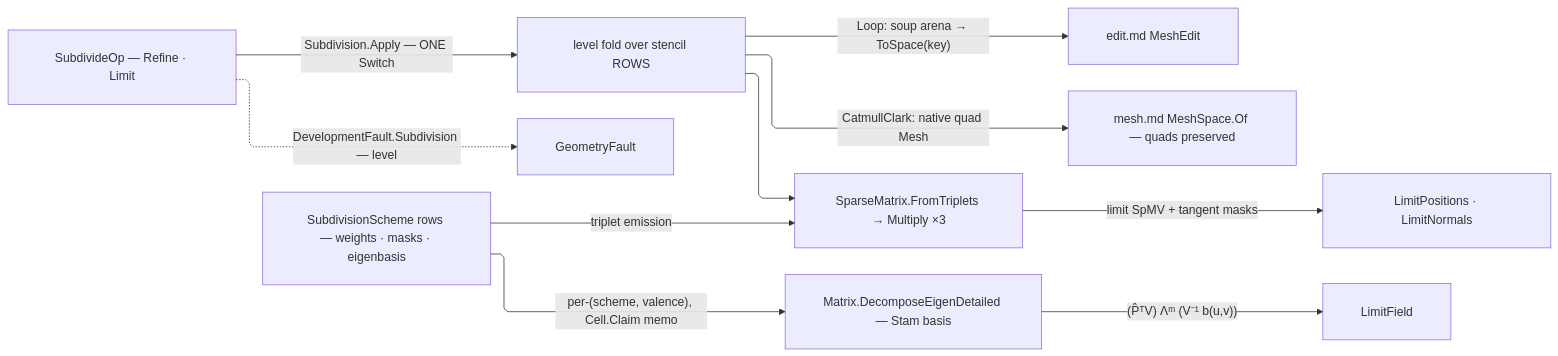
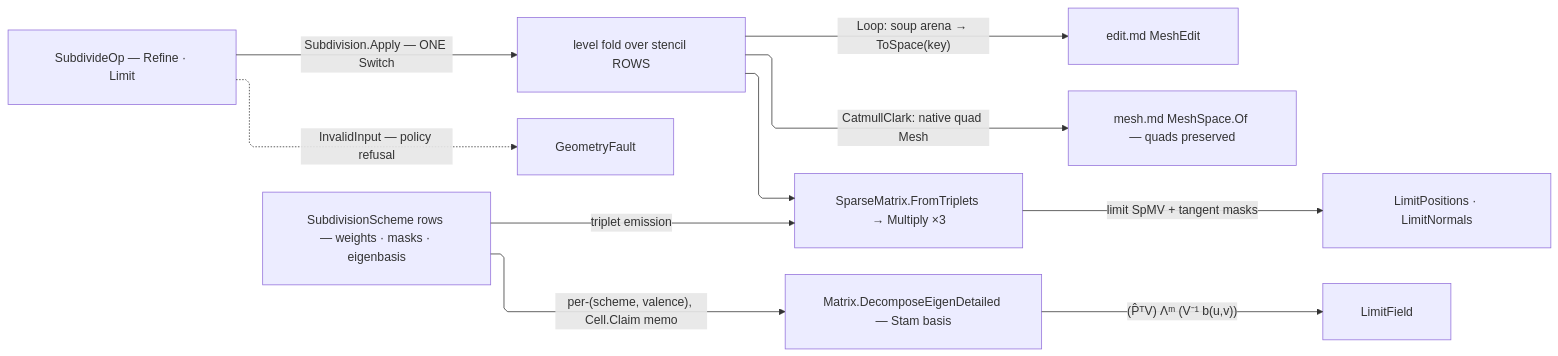
One commit to bsamiee/Rasm changed the diagram in libs/dotnet/Rasm/.planning/Parametric/subdivide.md. Above: the diagram before and after it, drawn with Mermaid. The commit also changed other lines of this file and 99 other files, not shown here.

````diff
--- a/libs/dotnet/Rasm/.planning/Parametric/subdivide.md
+++ b/libs/dotnet/Rasm/.planning/Parametric/subdivide.md
@@ -176,21 +173,21 @@
 ```mermaid
 ---
 config:
   layout: elk
   flowchart:
     curve: linear
     padding: 25
 ---
 flowchart LR
     accTitle: Subdivision refinement and limit lanes
     accDescr: SubdivideOp requests fold through one Apply over scheme stencil rows into the sparse operator, publish through the arena or MeshSpace, and the Stam eigen lane serves limit samples.
     Op["SubdivideOp — Refine · Limit"] -->|"Subdivision.Apply — ONE Switch"| Fold["level fold over stencil ROWS"]
     Scheme["SubdivisionScheme rows — weights · masks · eigenbasis"] -->|"triplet emission"| Operator["SparseMatrix.FromTriplets → Multiply ×3"]
     Fold --> Operator
     Operator -->|"limit SpMV + tangent masks"| Columns["LimitPositions · LimitNormals"]
     Fold -->|"Loop: soup arena → ToSpace(key)"| Arena["edit.md MeshEdit"]
     Fold -->|"CatmullClark: native quad Mesh"| Space["mesh.md MeshSpace.Of — quads preserved"]
     Scheme -->|"per-(scheme, valence), Cell.Claim memo"| Stam["Matrix.DecomposeEigenDetailed — Stam basis"]
     Stam -->|"(P̂ᵀV) Λᵐ (V⁻¹ b(u,v))"| LimitField
-    Op -.->|"DevelopmentFault.Subdivision — level"| GeometryFault
+    Op -.->|"InvalidInput — policy refusal"| GeometryFault
 ```
````
